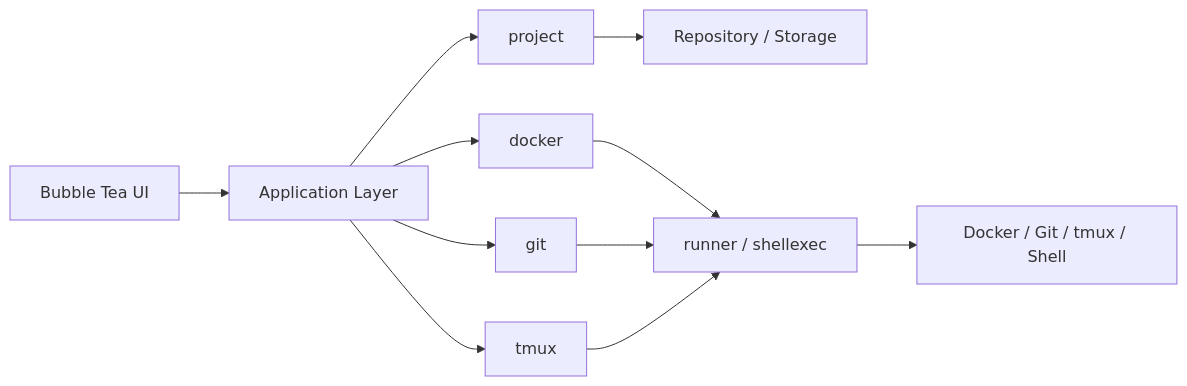
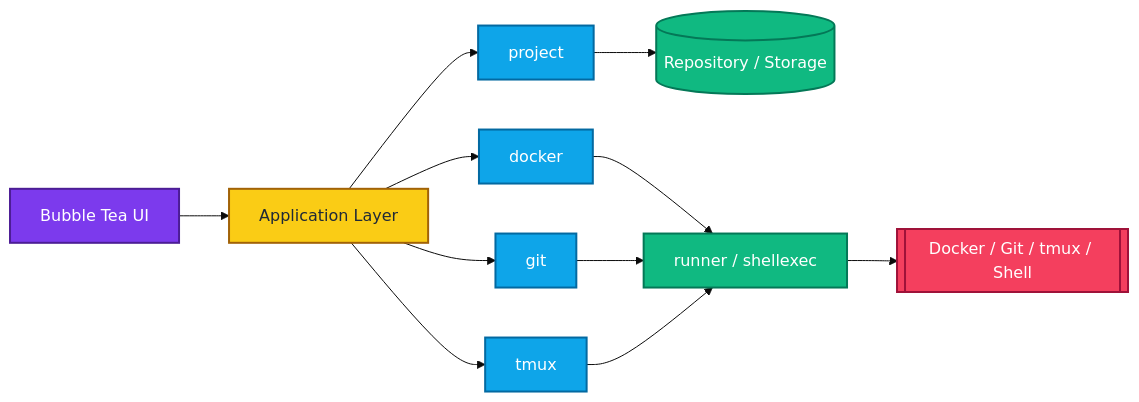
Before and after one commit to swaindhruti/devflow-workspace-orchestrator: the first of 2 diagrams in docs/architecture.md, drawn with Mermaid. The commit also changed other lines of this file and 2 other files, not shown here.

````diff
--- a/docs/architecture.md
+++ b/docs/architecture.md
@@ -22,13 +22,20 @@
 ```mermaid
+%%{init: {'theme': 'base', 'themeVariables': {'fontSize': '16px'}}}%%
 flowchart LR
-    UI[Bubble Tea UI] --> APP[Application Layer]
-    APP --> PROJ[project]
-    APP --> DOCK[docker]
-    APP --> GIT[git]
-    APP --> TMUX[tmux]
-    PROJ --> REPO[Repository / Storage]
-    DOCK --> RUN[runner / shellexec]
+    classDef ui fill:#7c3aed,stroke:#4c1d95,stroke-width:2px,color:#ffffff
+    classDef app fill:#facc15,stroke:#a16207,stroke-width:2px,color:#1f2937
+    classDef domain fill:#0ea5e9,stroke:#0369a1,stroke-width:2px,color:#ffffff
+    classDef infra fill:#10b981,stroke:#047857,stroke-width:2px,color:#ffffff
+    classDef os fill:#f43f5e,stroke:#9f1239,stroke-width:2px,color:#ffffff
+
+    UI[Bubble Tea UI]:::ui --> APP[Application Layer]:::app
+    APP --> PROJ[project]:::domain
+    APP --> DOCK[docker]:::domain
+    APP --> GIT[git]:::domain
+    APP --> TMUX[tmux]:::domain
+    PROJ --> REPO[("Repository / Storage")]:::infra
+    DOCK --> RUN[runner / shellexec]:::infra
     GIT --> RUN
     TMUX --> RUN
-    RUN --> OS[Docker / Git / tmux / Shell]
+    RUN --> OS[["Docker / Git / tmux / Shell"]]:::os
 ```
````
